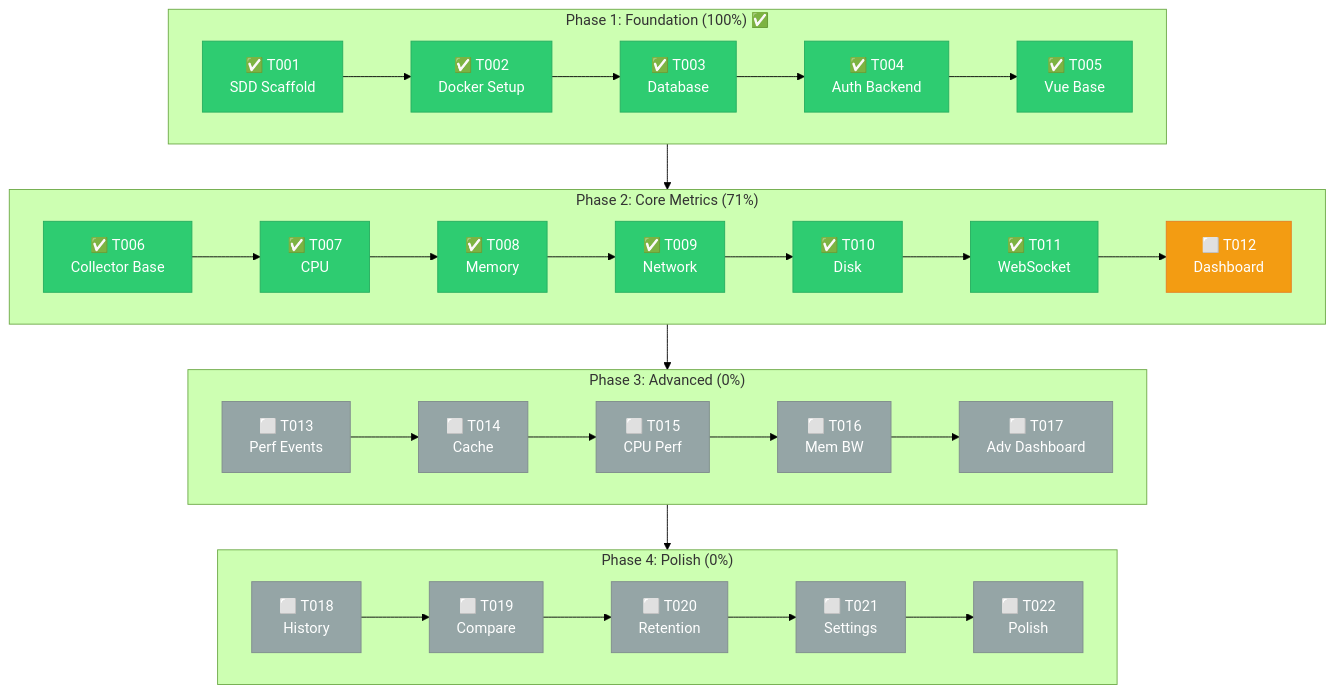
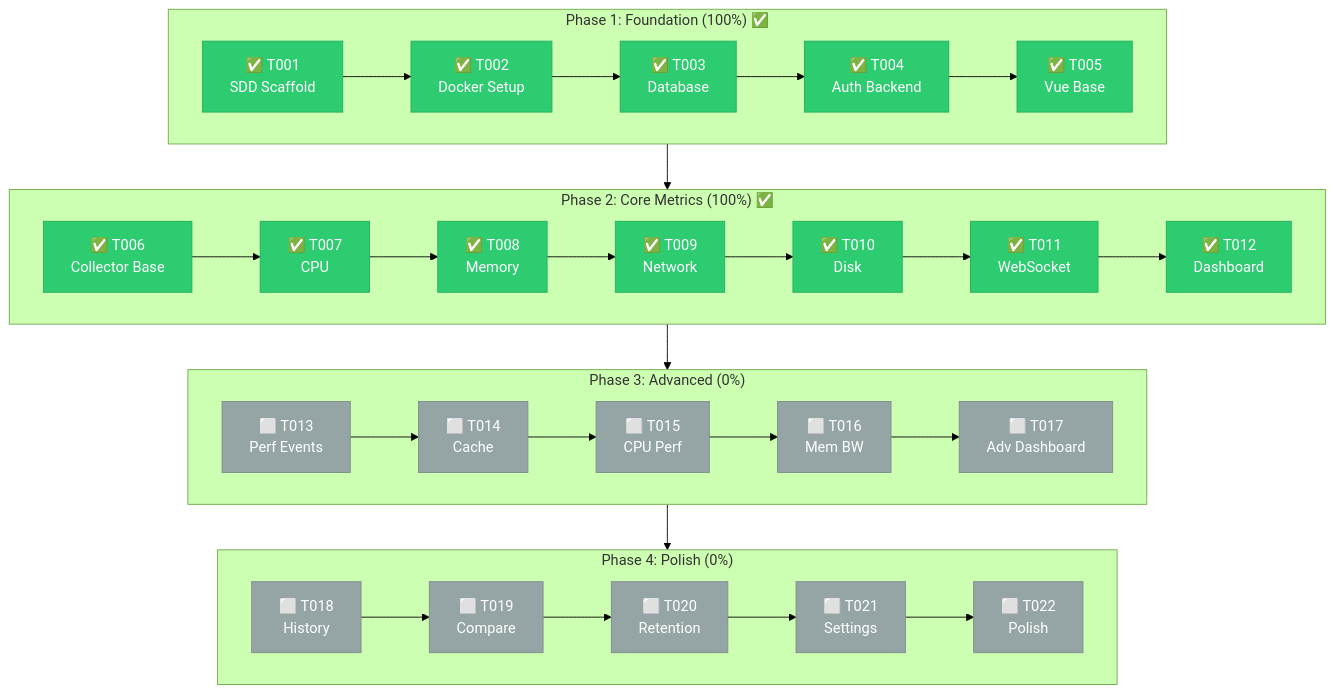
One commit to zhyndalf/perfwatch changed the diagram in README.md. Above: the diagram before and after it, drawn with Mermaid (forest theme). The commit also changed other lines of this file and 3 other files, not shown here.

First line of the commit message:
docs: mark T012 Dashboard UI complete, Phase 2 finished

````diff
--- a/README.md
+++ b/README.md
@@ -19,51 +19,50 @@
 ```mermaid
 flowchart TB
     subgraph P1["Phase 1: Foundation (100%) ✅"]
         T001["✅ T001<br/>SDD Scaffold"]
         T002["✅ T002<br/>Docker Setup"]
         T003["✅ T003<br/>Database"]
         T004["✅ T004<br/>Auth Backend"]
         T005["✅ T005<br/>Vue Base"]
         T001 --> T002 --> T003 --> T004 --> T005
     end
 
-    subgraph P2["Phase 2: Core Metrics (71%)"]
+    subgraph P2["Phase 2: Core Metrics (100%) ✅"]
         T006["✅ T006<br/>Collector Base"]
         T007["✅ T007<br/>CPU"]
         T008["✅ T008<br/>Memory"]
         T009["✅ T009<br/>Network"]
         T010["✅ T010<br/>Disk"]
         T011["✅ T011<br/>WebSocket"]
-        T012["⬜ T012<br/>Dashboard"]
+        T012["✅ T012<br/>Dashboard"]
         T006 --> T007 --> T008 --> T009 --> T010 --> T011 --> T012
     end
 
     subgraph P3["Phase 3: Advanced (0%)"]
         T013["⬜ T013<br/>Perf Events"]
         T014["⬜ T014<br/>Cache"]
         T015["⬜ T015<br/>CPU Perf"]
         T016["⬜ T016<br/>Mem BW"]
         T017["⬜ T017<br/>Adv Dashboard"]
         T013 --> T014 --> T015 --> T016 --> T017
     end
 
     subgraph P4["Phase 4: Polish (0%)"]
         T018["⬜ T018<br/>History"]
         T019["⬜ T019<br/>Compare"]
         T020["⬜ T020<br/>Retention"]
         T021["⬜ T021<br/>Settings"]
         T022["⬜ T022<br/>Polish"]
         T018 --> T019 --> T020 --> T021 --> T022
     end
 
     P1 --> P2 --> P3 --> P4
 
     %% Styles
     classDef done fill:#2ecc71,stroke:#27ae60,color:#fff
     classDef progress fill:#f39c12,stroke:#e67e22,color:#fff
     classDef todo fill:#95a5a6,stroke:#7f8c8d,color:#fff
 
-    class T001,T002,T003,T004,T005,T006,T007,T008,T009,T010,T011 done
-    class T012 progress
+    class T001,T002,T003,T004,T005,T006,T007,T008,T009,T010,T011,T012 done
     class T013,T014,T015,T016,T017,T018,T019,T020,T021,T022 todo
 ```
````
